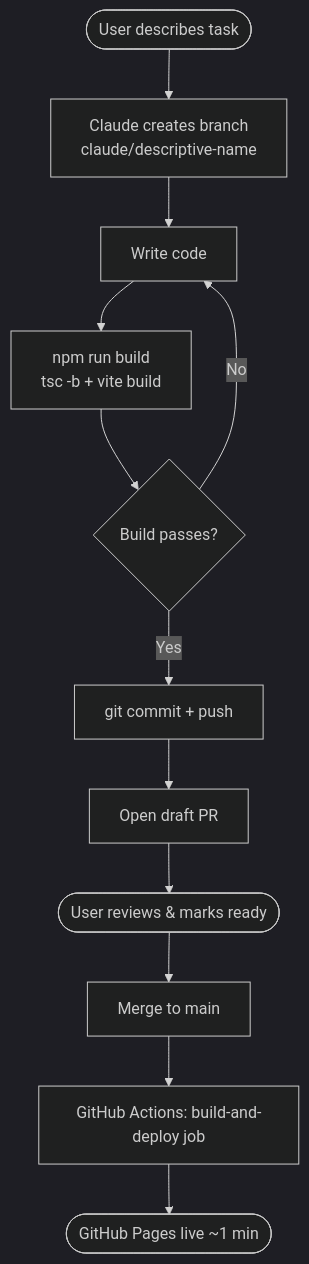
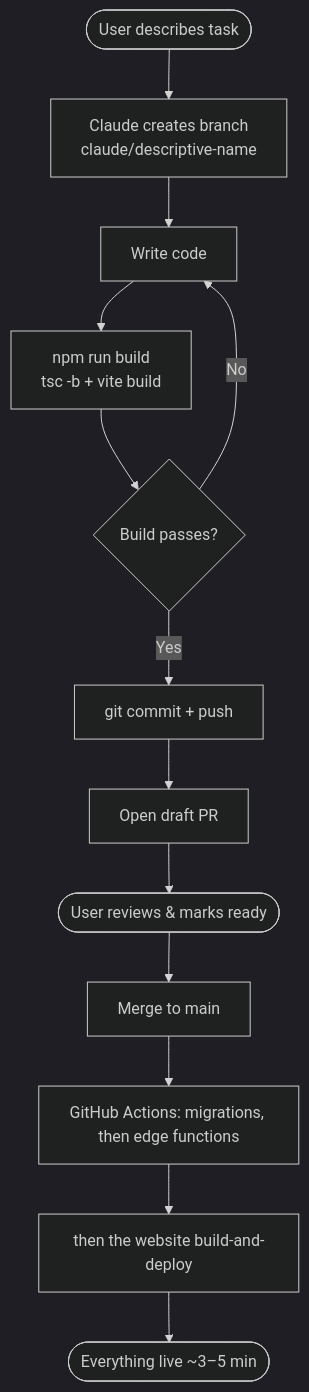
The first of 3 diagrams in README.md (Lasciviens/Project_Daily), drawn with Mermaid (dark theme) before and after one commit. The commit also changed other lines of this file and 14 other files, not shown here.

````diff
--- a/README.md
+++ b/README.md
@@ -46,14 +46,15 @@
 ```mermaid
 flowchart TD
     A([User describes task]) --> B[Claude creates branch<br/>claude/descriptive-name]
     B --> C[Write code]
     C --> D[npm run build<br/>tsc -b + vite build]
     D --> E{Build passes?}
     E -- No --> C
     E -- Yes --> F[git commit + push]
     F --> G[Open draft PR]
     G --> H([User reviews & marks ready])
     H --> I[Merge to main]
-    I --> J[GitHub Actions: build-and-deploy job]
-    J --> M([GitHub Pages live ~1 min])
+    I --> J[GitHub Actions: migrations, then edge functions]
+    J --> K[then the website build-and-deploy]
+    K --> M([Everything live ~3–5 min])
 ```
````
